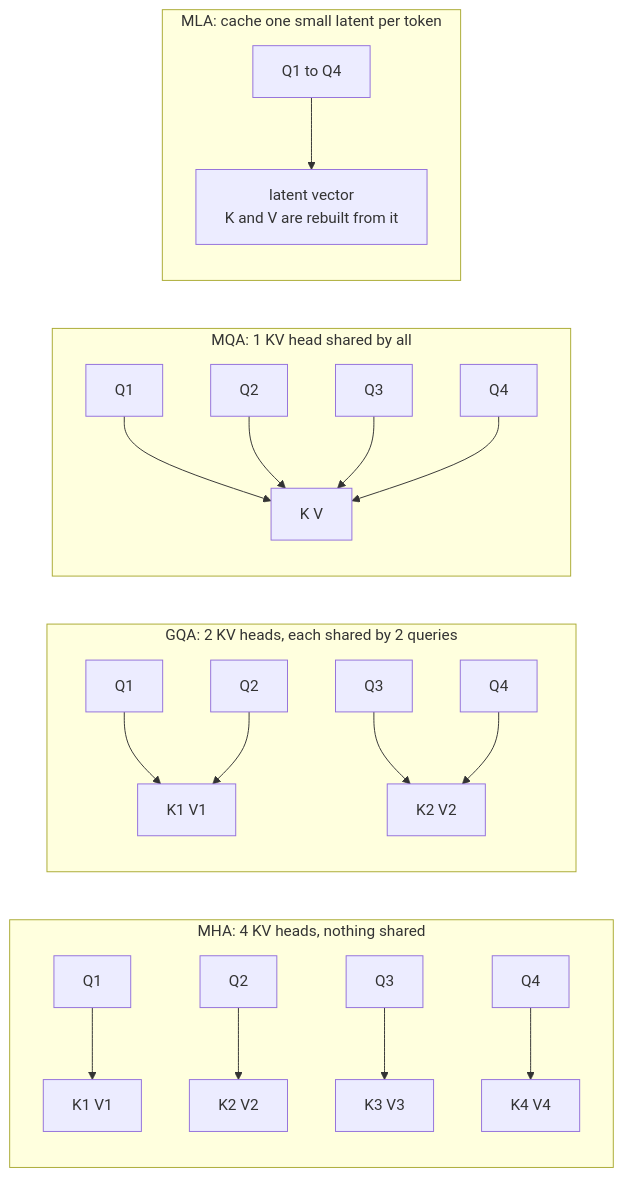
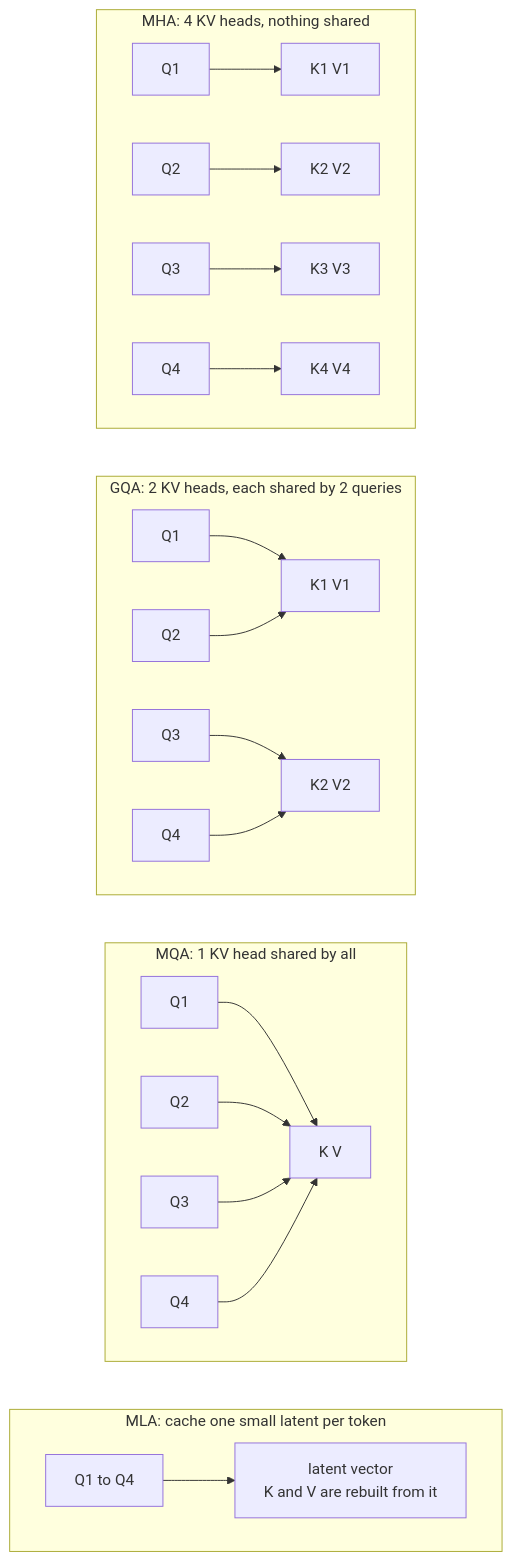
Before and after one commit to AkbarSheikh-debug/inference-engineering: the second of 3 diagrams in curriculum/03-kv-cache.md, drawn with Mermaid. The commit also changed 43 other files, not shown here.

````diff
--- a/curriculum/03-kv-cache.md
+++ b/curriculum/03-kv-cache.md
@@ -77,25 +77,28 @@
 ```mermaid
 %% title: MHA, GQA, MQA and MLA: who shares which keys and values
-flowchart LR
+flowchart TB
     subgraph MHA["MHA: 4 KV heads, nothing shared"]
         a1["Q1"] --> ak1["K1 V1"]
         a2["Q2"] --> ak2["K2 V2"]
         a3["Q3"] --> ak3["K3 V3"]
         a4["Q4"] --> ak4["K4 V4"]
     end
     subgraph GQA["GQA: 2 KV heads, each shared by 2 queries"]
         b1["Q1"] --> bk1["K1 V1"]
         b2["Q2"] --> bk1
         b3["Q3"] --> bk2["K2 V2"]
         b4["Q4"] --> bk2
     end
     subgraph MQA["MQA: 1 KV head shared by all"]
         c1["Q1"] --> ck["K V"]
         c2["Q2"] --> ck
         c3["Q3"] --> ck
         c4["Q4"] --> ck
     end
     subgraph MLA["MLA: cache one small latent per token"]
         d1["Q1 to Q4"] --> dl["latent vector<br/>K and V are rebuilt from it"]
     end
+    MHA ~~~ GQA
+    GQA ~~~ MQA
+    MQA ~~~ MLA
 ```
````
